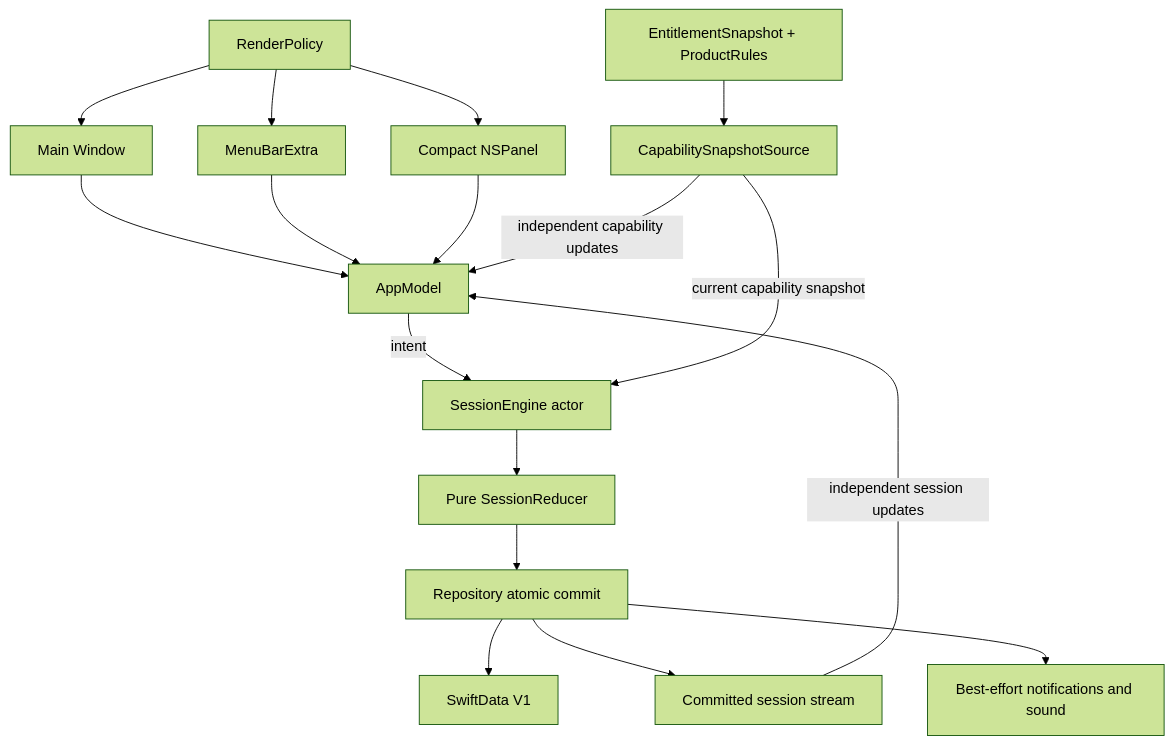
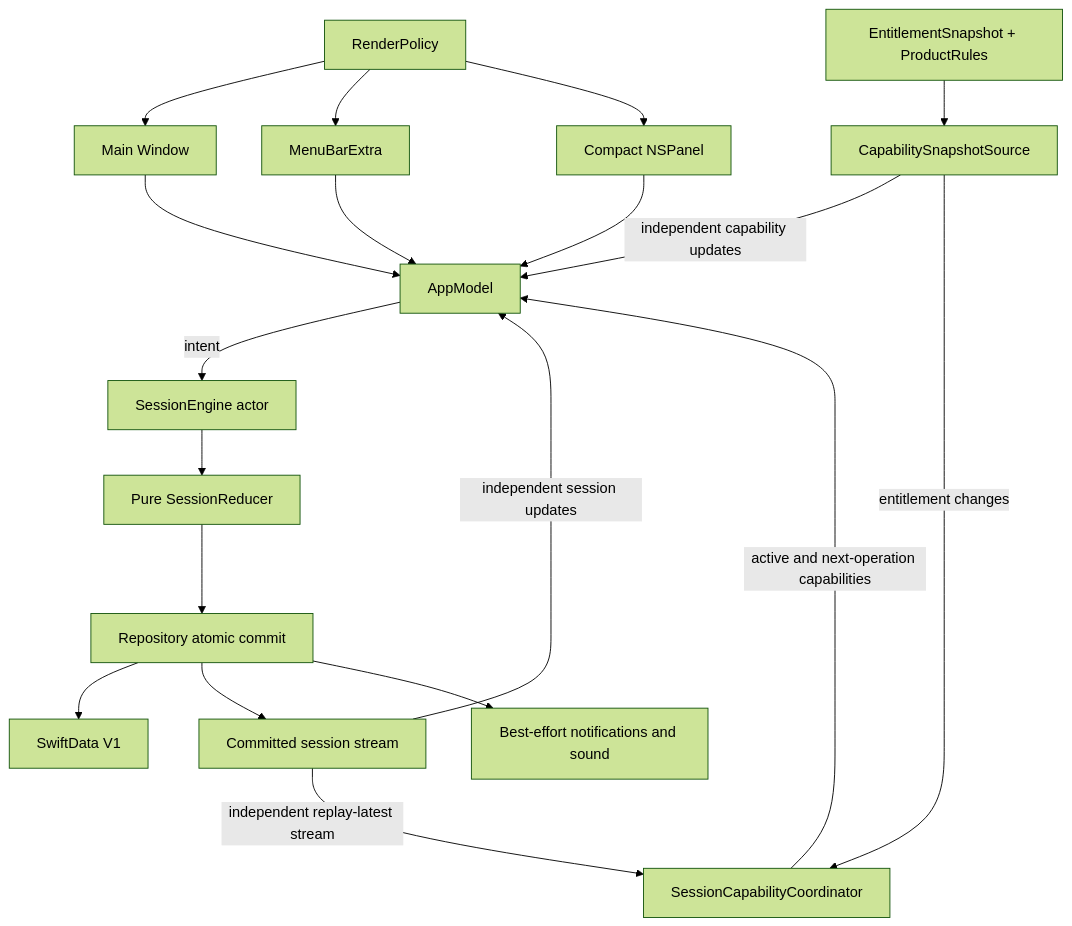
The diagram in BLUEPRINT.md (praxstack/Praxmodoro), drawn with Mermaid (forest theme) before and after one commit. The commit also changed other lines of this file and 22 other files, not shown here.

````diff
--- a/BLUEPRINT.md
+++ b/BLUEPRINT.md
@@ -19,19 +22,21 @@
 ```mermaid
 flowchart TB
     Main["Main Window"] --> Model["AppModel"]
     Menu["MenuBarExtra"] --> Model
     Compact["Compact NSPanel"] --> Model
     Model -->|intent| Engine["SessionEngine actor"]
     Engine --> Reducer["Pure SessionReducer"]
     Reducer --> Commit["Repository atomic commit"]
     Commit --> SwiftData["SwiftData V1"]
     Commit --> SessionStream["Committed session stream"]
     SessionStream -->|independent session updates| Model
     Commit --> Effects["Best-effort notifications and sound"]
     Capabilities["EntitlementSnapshot + ProductRules"] --> CapabilitySource["CapabilitySnapshotSource"]
-    CapabilitySource -->|current capability snapshot| Engine
     CapabilitySource -->|independent capability updates| Model
+    SessionStream -->|independent replay-latest stream| CapabilityGate["SessionCapabilityCoordinator"]
+    CapabilitySource -->|entitlement changes| CapabilityGate
+    CapabilityGate -->|active and next-operation capabilities| Model
     Render["RenderPolicy"] --> Main
     Render --> Menu
     Render --> Compact
 ```
````
